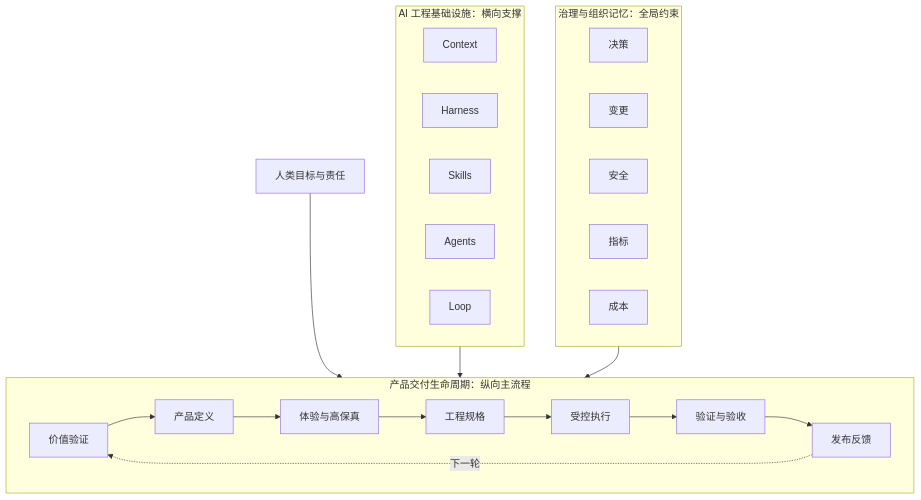
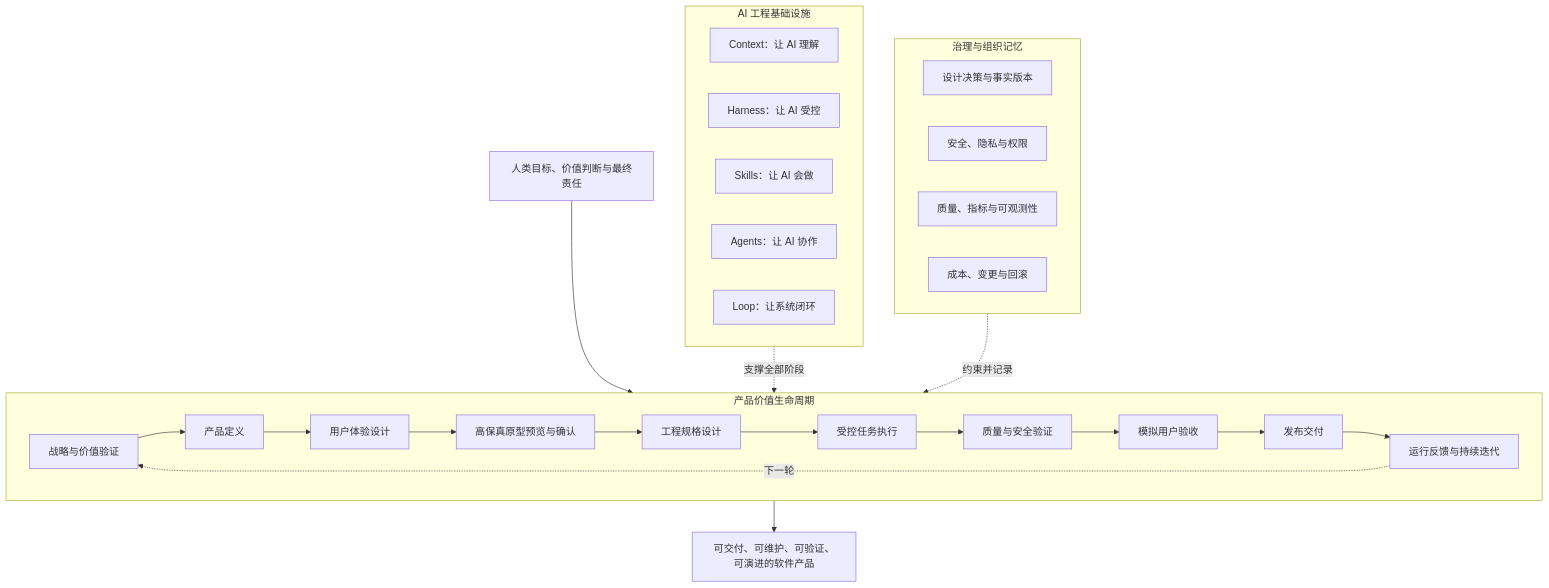
Before and after one commit to zhidao-studio/ai-product-engineering-framework: the diagram in 02_全局模型/AI产品工程全局框架.md, drawn with Mermaid. The commit also changed other lines of this file, not shown here.

````diff
--- a/02_全局模型/AI产品工程全局框架.md
+++ b/02_全局模型/AI产品工程全局框架.md
@@ -13,31 +33,37 @@
 ```mermaid
 flowchart TB
-    H[人类目标与责任]
+    H[人类目标、价值判断与最终责任]
 
-    subgraph P[产品交付生命周期：纵向主流程]
-        P1[价值验证] --> P2[产品定义] --> P3[体验与高保真]
-        P3 --> P4[工程规格] --> P5[受控执行]
-        P5 --> P6[验证与验收] --> P7[发布反馈]
-        P7 -.下一轮.-> P1
+    subgraph P[产品价值生命周期]
+        P1[战略与价值验证] --> P2[产品定义]
+        P2 --> P3[用户体验设计]
+        P3 --> P4[高保真原型预览与确认]
+        P4 --> P5[工程规格设计]
+        P5 --> P6[受控任务执行]
+        P6 --> P7[质量与安全验证]
+        P7 --> P8[模拟用户验收]
+        P8 --> P9[发布交付]
+        P9 --> P10[运行反馈与持续迭代]
+        P10 -.下一轮.-> P1
     end
 
-    subgraph A[AI 工程基础设施：横向支撑]
-        A1[Context]
-        A2[Harness]
-        A3[Skills]
-        A4[Agents]
-        A5[Loop]
+    subgraph A[AI 工程基础设施]
+        A1[Context：让 AI 理解]
+        A2[Harness：让 AI 受控]
+        A3[Skills：让 AI 会做]
+        A4[Agents：让 AI 协作]
+        A5[Loop：让系统闭环]
     end
 
-    subgraph G[治理与组织记忆：全局约束]
-        G1[决策]
-        G2[变更]
-        G3[安全]
-        G4[指标]
-        G5[成本]
+    subgraph G[治理与组织记忆]
+        G1[设计决策与事实版本]
+        G2[安全、隐私与权限]
+        G3[质量、指标与可观测性]
+        G4[成本、变更与回滚]
     end
 
     H --> P
-    A --> P
-    G --> P
+    A -.支撑全部阶段.-> P
+    G -.约束并记录.-> P
+    P --> O[可交付、可维护、可验证、可演进的软件产品]
 ```
````
